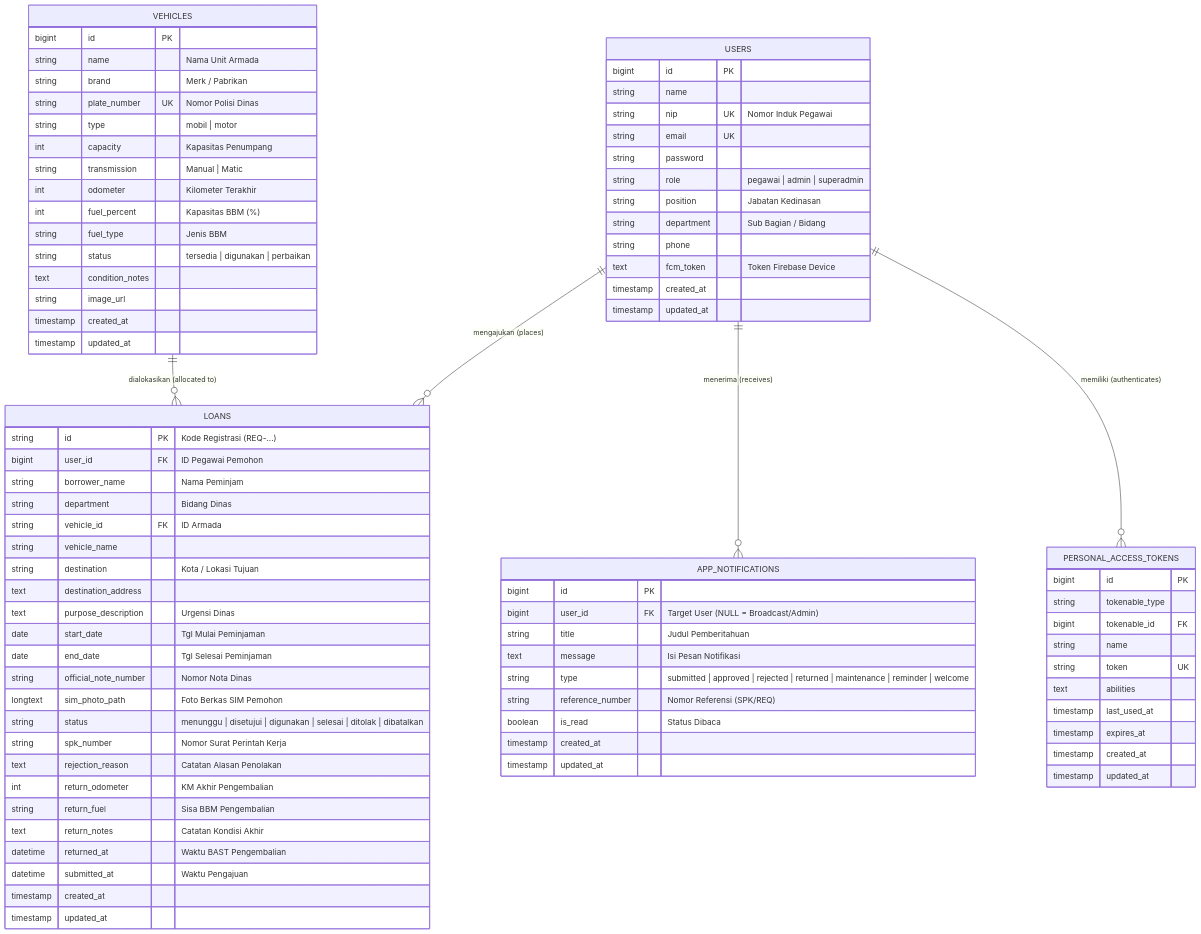
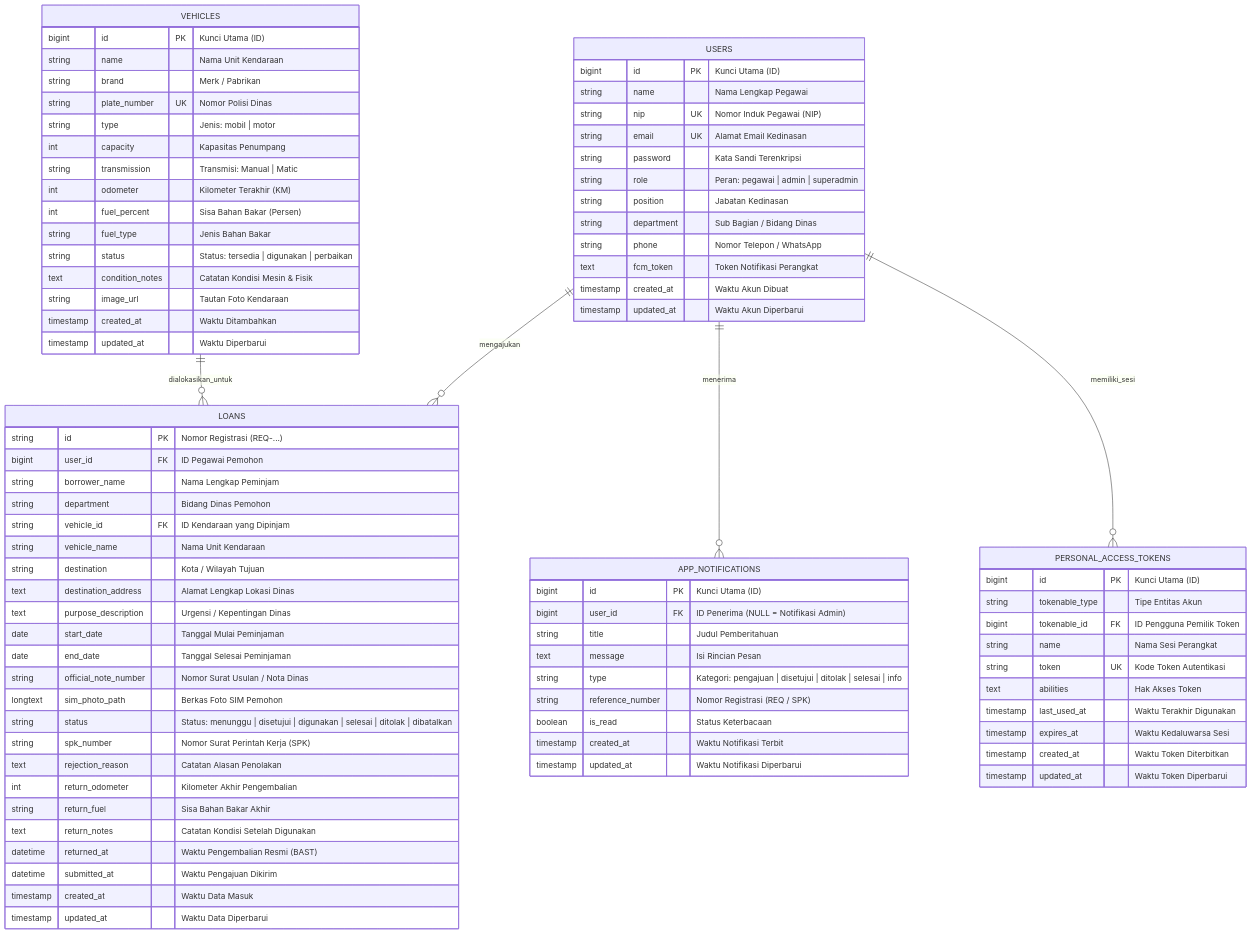
The third of 3 diagrams in README.md (ahdewa/Sip-k), drawn with Mermaid before and after one commit. The commit also changed other lines of this file, not shown here.

Commit message:
docs: terjemahkan seluruh diagram dan dokumentasi README ke Bahasa Indonesia baku

````diff
--- a/README.md
+++ b/README.md
@@ -217,91 +217,91 @@
 ```mermaid
 erDiagram
-    USERS ||--o{ LOANS : "mengajukan (places)"
-    VEHICLES ||--o{ LOANS : "dialokasikan (allocated to)"
-    USERS ||--o{ APP_NOTIFICATIONS : "menerima (receives)"
-    USERS ||--o{ PERSONAL_ACCESS_TOKENS : "memiliki (authenticates)"
+    USERS ||--o{ LOANS : "mengajukan"
+    VEHICLES ||--o{ LOANS : "dialokasikan_untuk"
+    USERS ||--o{ APP_NOTIFICATIONS : "menerima"
+    USERS ||--o{ PERSONAL_ACCESS_TOKENS : "memiliki_sesi"
 
     USERS {
-        bigint id PK
-        string name
-        string nip UK "Nomor Induk Pegawai"
-        string email UK
-        string password
-        string role "pegawai | admin | superadmin"
+        bigint id PK "Kunci Utama (ID)"
+        string name "Nama Lengkap Pegawai"
+        string nip UK "Nomor Induk Pegawai (NIP)"
+        string email UK "Alamat Email Kedinasan"
+        string password "Kata Sandi Terenkripsi"
+        string role "Peran: pegawai | admin | superadmin"
         string position "Jabatan Kedinasan"
-        string department "Sub Bagian / Bidang"
-        string phone
-        text fcm_token "Token Firebase Device"
-        timestamp created_at
-        timestamp updated_at
+        string department "Sub Bagian / Bidang Dinas"
+        string phone "Nomor Telepon / WhatsApp"
+        text fcm_token "Token Notifikasi Perangkat"
+        timestamp created_at "Waktu Akun Dibuat"
+        timestamp updated_at "Waktu Akun Diperbarui"
     }
 
     VEHICLES {
-        bigint id PK
-        string name "Nama Unit Armada"
+        bigint id PK "Kunci Utama (ID)"
+        string name "Nama Unit Kendaraan"
         string brand "Merk / Pabrikan"
         string plate_number UK "Nomor Polisi Dinas"
-        string type "mobil | motor"
+        string type "Jenis: mobil | motor"
         int capacity "Kapasitas Penumpang"
-        string transmission "Manual | Matic"
-        int odometer "Kilometer Terakhir"
-        int fuel_percent "Kapasitas BBM (%)"
-        string fuel_type "Jenis BBM"
-        string status "tersedia | digunakan | perbaikan"
-        text condition_notes
-        string image_url
-        timestamp created_at
-        timestamp updated_at
+        string transmission "Transmisi: Manual | Matic"
+        int odometer "Kilometer Terakhir (KM)"
+        int fuel_percent "Sisa Bahan Bakar (Persen)"
+        string fuel_type "Jenis Bahan Bakar"
+        string status "Status: tersedia | digunakan | perbaikan"
+        text condition_notes "Catatan Kondisi Mesin & Fisik"
+        string image_url "Tautan Foto Kendaraan"
+        timestamp created_at "Waktu Ditambahkan"
+        timestamp updated_at "Waktu Diperbarui"
     }
 
     LOANS {
-        string id PK "Kode Registrasi (REQ-...)"
+        string id PK "Nomor Registrasi (REQ-...)"
         bigint user_id FK "ID Pegawai Pemohon"
-        string borrower_name "Nama Peminjam"
-        string department "Bidang Dinas"
-        string vehicle_id FK "ID Armada"
-        string vehicle_name
-        string destination "Kota / Lokasi Tujuan"
-        text destination_address
-        text purpose_description "Urgensi Dinas"
-        date start_date "Tgl Mulai Peminjaman"
-        date end_date "Tgl Selesai Peminjaman"
-        string official_note_number "Nomor Nota Dinas"
-        longtext sim_photo_path "Foto Berkas SIM Pemohon"
-        string status "menunggu | disetujui | digunakan | selesai | ditolak | dibatalkan"
-        string spk_number "Nomor Surat Perintah Kerja"
+        string borrower_name "Nama Lengkap Peminjam"
+        string department "Bidang Dinas Pemohon"
+        string vehicle_id FK "ID Kendaraan yang Dipinjam"
+        string vehicle_name "Nama Unit Kendaraan"
+        string destination "Kota / Wilayah Tujuan"
+        text destination_address "Alamat Lengkap Lokasi Dinas"
+        text purpose_description "Urgensi / Kepentingan Dinas"
+        date start_date "Tanggal Mulai Peminjaman"
+        date end_date "Tanggal Selesai Peminjaman"
+        string official_note_number "Nomor Surat Usulan / Nota Dinas"
+        longtext sim_photo_path "Berkas Foto SIM Pemohon"
+        string status "Status: menunggu | disetujui | digunakan | selesai | ditolak | dibatalkan"
+        string spk_number "Nomor Surat Perintah Kerja (SPK)"
         text rejection_reason "Catatan Alasan Penolakan"
-        int return_odometer "KM Akhir Pengembalian"
-        string return_fuel "Sisa BBM Pengembalian"
-        text return_notes "Catatan Kondisi Akhir"
-        datetime returned_at "Waktu BAST Pengembalian"
-        datetime submitted_at "Waktu Pengajuan"
-        timestamp created_at
-        timestamp updated_at
+        int return_odometer "Kilometer Akhir Pengembalian"
+        string return_fuel "Sisa Bahan Bakar Akhir"
+        text return_notes "Catatan Kondisi Setelah Digunakan"
+        datetime returned_at "Waktu Pengembalian Resmi (BAST)"
+        datetime submitted_at "Waktu Pengajuan Dikirim"
+        timestamp created_at "Waktu Data Masuk"
+        timestamp updated_at "Waktu Data Diperbarui"
     }
 
     APP_NOTIFICATIONS {
-        bigint id PK
-        bigint user_id FK "Target User (NULL = Broadcast/Admin)"
+        bigint id PK "Kunci Utama (ID)"
+        bigint user_id FK "ID Penerima (NULL = Notifikasi Admin)"
         string title "Judul Pemberitahuan"
-        text message "Isi Pesan Notifikasi"
-        string type "submitted | approved | rejected | returned | maintenance | reminder | welcome"
-        string reference_number "Nomor Referensi (SPK/REQ)"
-        boolean is_read "Status Dibaca"
-        timestamp created_at
-        timestamp updated_at
+        text message "Isi Rincian Pesan"
+        string type "Kategori: pengajuan | disetujui | ditolak | selesai | info"
+        string reference_number "Nomor Registrasi (REQ / SPK)"
+        boolean is_read "Status Keterbacaan"
+        timestamp created_at "Waktu Notifikasi Terbit"
+        timestamp updated_at "Waktu Notifikasi Diperbarui"
     }
 
     PERSONAL_ACCESS_TOKENS {
-        bigint id PK
-        string tokenable_type
-        bigint tokenable_id FK
-        string name
-        string token UK
-        text abilities
-        timestamp last_used_at
-        timestamp expires_at
-        timestamp created_at
-        timestamp updated_at
+        bigint id PK "Kunci Utama (ID)"
+        string tokenable_type "Tipe Entitas Akun"
+        bigint tokenable_id FK "ID Pengguna Pemilik Token"
+        string name "Nama Sesi Perangkat"
+        string token UK "Kode Token Autentikasi"
+        text abilities "Hak Akses Token"
+        timestamp last_used_at "Waktu Terakhir Digunakan"
+        timestamp expires_at "Waktu Kedaluwarsa Sesi"
+        timestamp created_at "Waktu Token Diterbitkan"
+        timestamp updated_at "Waktu Token Diperbarui"
     }
 ```
````
